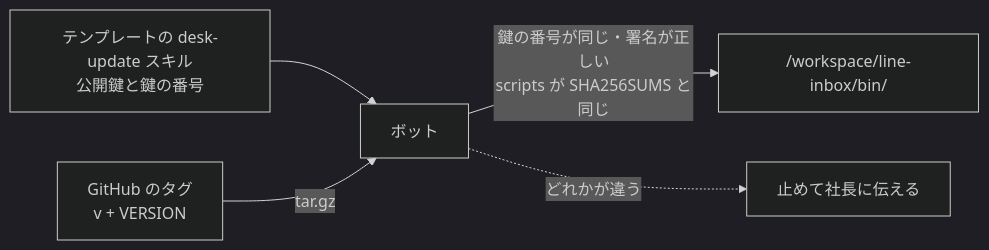
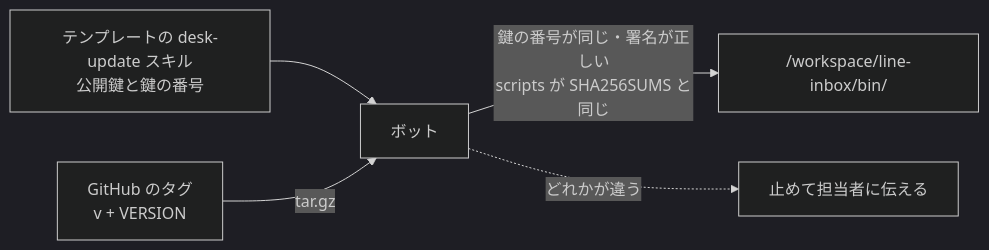
One commit to keesmark/grok-bot-line-desk changed the diagram in README.md. Above: the diagram before and after it, drawn with Mermaid (dark theme). The commit also changed other lines of this file and 18 other files, not shown here.

First line of the commit message:
v0.1.1: rewrite the bot's core prompt, wording and reply flow

````diff
--- a/README.md
+++ b/README.md
@@ -26,7 +27,7 @@
 ```mermaid
 flowchart LR
   K[テンプレートの desk-update スキル<br>公開鍵と鍵の番号] --> B[ボット]
   R[GitHub のタグ<br>v + VERSION] -->|tar.gz| B
   B -->|鍵の番号が同じ・署名が正しい<br>scripts が SHA256SUMS と同じ| W["/workspace/line-inbox/bin/"]
-  B -.->|どれかが違う| S[止めて社長に伝える]
+  B -.->|どれかが違う| S[止めて担当者に伝える]
 ```
````
